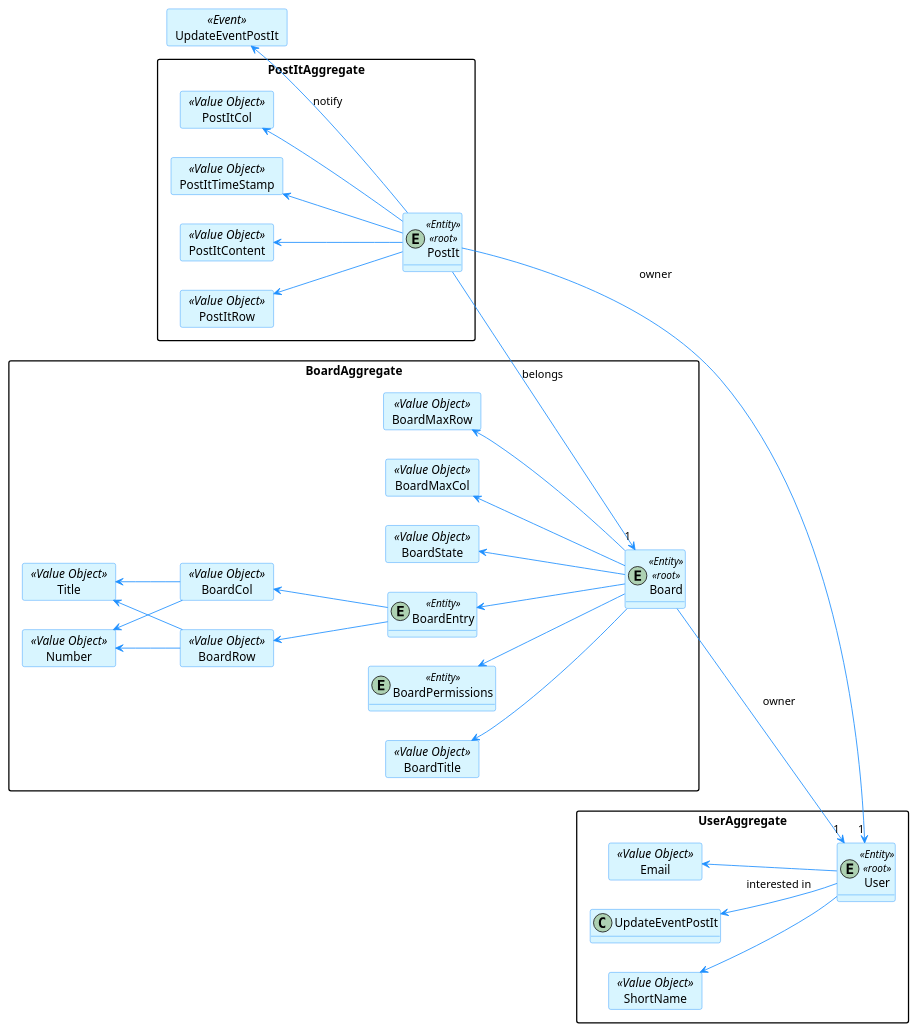
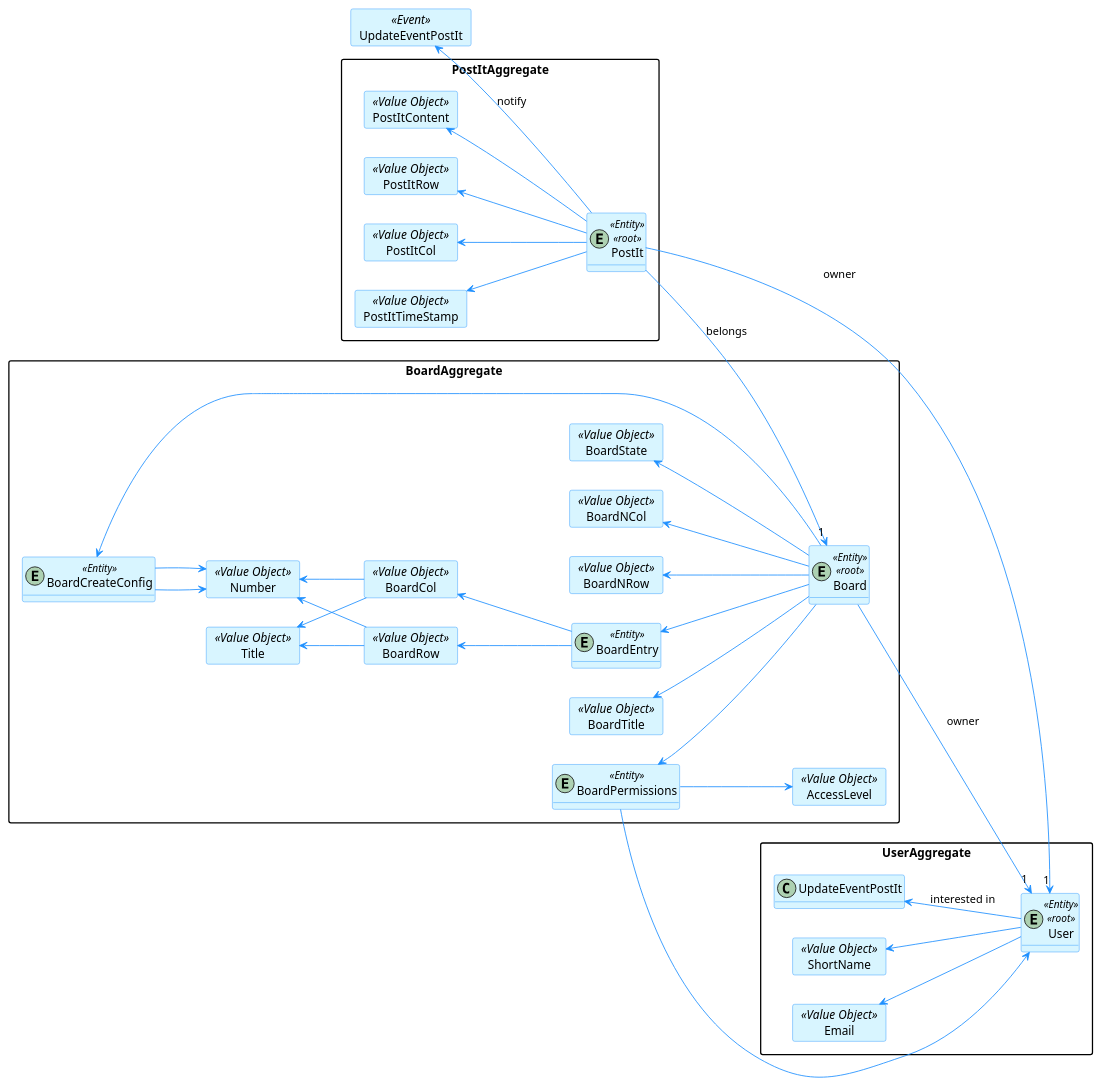
The diagram in docs/1201205/DomainModel.puml (brunacosta03/sem4pi_22_23), drawn with PlantUML before and after one commit. The commit also changed 2 other files, not shown here.

Commit message:
docs: add board create cofnig #2

```diff
--- a/docs/1201205/DomainModel.puml
+++ b/docs/1201205/DomainModel.puml
@@ -1,130 +1,141 @@
 @startuml "Shared Boards"
 left to right direction
 
 hide methods
 
 skinparam classAttributeIconSize 0
 
 skinparam class {
     LifeLineBorderColor DodgerBlue
     LifeLineBackgroundColor APPLICATION
     BackgroundColor #D8F5FF
     ArrowColor DodgerBlue
     BorderColor DodgerBlue
 }
 
 skinparam packageStyle rectangle
 skinparam card {
     LifeLineBorderColor DodgerBlue
     LifeLineBackgroundColor APPLICATION
     BackgroundColor #D8F5FF
     ArrowColor DodgerBlue
     BorderColor DodgerBlue
 }
 
 ' PostIt
 package PostItAggregate{
     entity PostIt <<Entity>><<root>>
 
     card PostItContent <<Value Object>>{
     }
 
     card PostItRow <<Value Object>>{
     }
 
     card PostItCol <<Value Object>>{
     }
 
     card PostItTimeStamp <<Value Object>>{
     }
 
     PostItContent <-- PostIt
     PostItRow <-- PostIt
     PostItCol <-- PostIt
     PostItTimeStamp <-- PostIt
 }
 
 
 ' User
 package UserAggregate{
     entity User <<Entity>><<root>>
 
     card ShortName <<Value Object>>{
     }
 
     card Email <<Value Object>>{
     }
 
     ShortName <-- User
     Email <-- User
     UpdateEventPostIt <-- User :interested in
 }
 
 
 ' Board
 package BoardAggregate{
     entity Board <<Entity>><<root>>
     
     card BoardTitle <<Value Object>>{
     }
 
-    card BoardMaxRow <<Value Object>>{
+    card BoardNRow <<Value Object>>{
     }
 
-    card BoardMaxCol <<Value Object>>{
+    card BoardNCol <<Value Object>>{
     }
 
     card BoardState <<Value Object>>{
     }
 
     card Title <<Value Object>>{
     }
 
     card Number <<Value Object>>{
     }
 
     BoardTitle <-- Board
-    BoardMaxRow <-- Board
-    BoardMaxCol <-- Board
+    BoardNRow <-- Board
+    BoardNCol <-- Board
     BoardState <-- Board
 
     entity BoardEntry <<Entity>>{
     }
 
     card BoardRow <<Value Object>>{
     }
 
     card BoardCol <<Value Object>>{
     }
 
     BoardEntry <-- Board
     BoardRow <-- BoardEntry
     BoardCol <-- BoardEntry
     Number <-- BoardRow
     Title <-- BoardCol
     Number <-- BoardCol
     Title <-- BoardRow
 
 
     entity BoardPermissions <<Entity>>
 
+    card AccessLevel <<Value Object>>{
+    }
+
     BoardPermissions <-- Board
+    BoardPermissions --> User
+    BoardPermissions --> AccessLevel
+
+    entity BoardCreateConfig <<Entity>>
+    
+    BoardCreateConfig <-- Board
+    BoardCreateConfig --> Number
+    BoardCreateConfig --> Number
 }
 
 
 
 ' Relations
 PostIt --> "1" User :owner
 Board --> "1" User :owner
 PostIt --> "1" Board :belongs
 
 
 
 ' Events
 card UpdateEventPostIt <<Event>>{
 }
 
 UpdateEventPostIt <-- PostIt :notify
 
 
 @enduml
```
